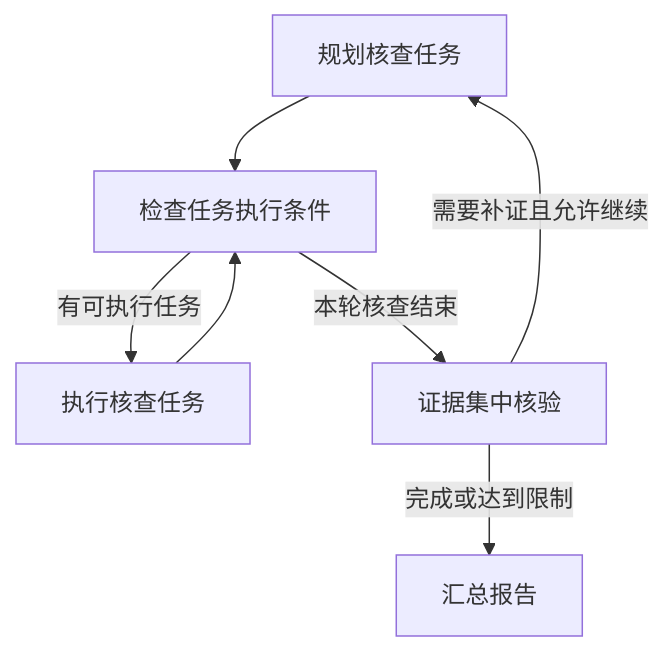
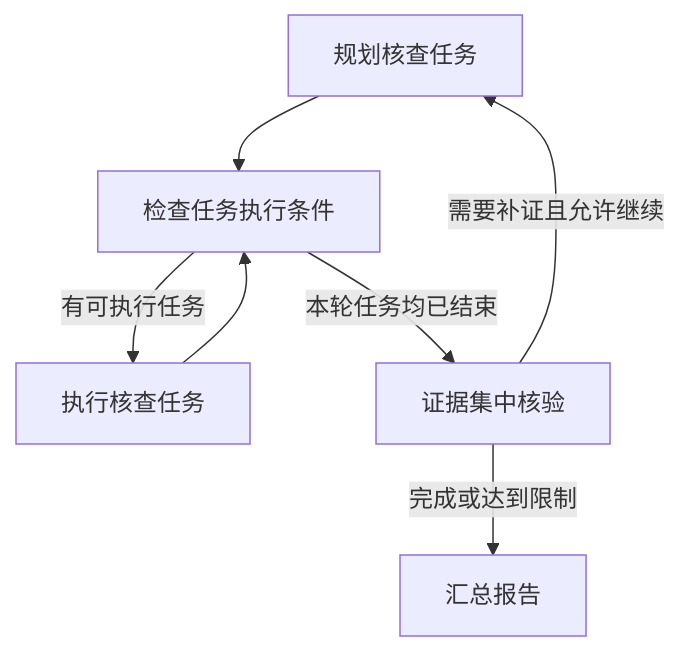
The diagram in 学习记录/案件研判/任务编排.md (WBX1009/resume-phrasing), drawn with Mermaid before and after one commit. The commit also changed other lines of this file, not shown here.

````diff
--- a/学习记录/案件研判/任务编排.md
+++ b/学习记录/案件研判/任务编排.md
@@ -59,9 +63,9 @@
 ```mermaid
 flowchart TD
     P["规划核查任务"] --> D["检查任务执行条件"]
     D -->|"有可执行任务"| W["执行核查任务"]
     W --> D
-    D -->|"本轮核查结束"| V["证据集中核验"]
+    D -->|"本轮任务均已结束"| V["证据集中核验"]
     V -->|"需要补证且允许继续"| P
     V -->|"完成或达到限制"| R["汇总报告"]
 ```
````
